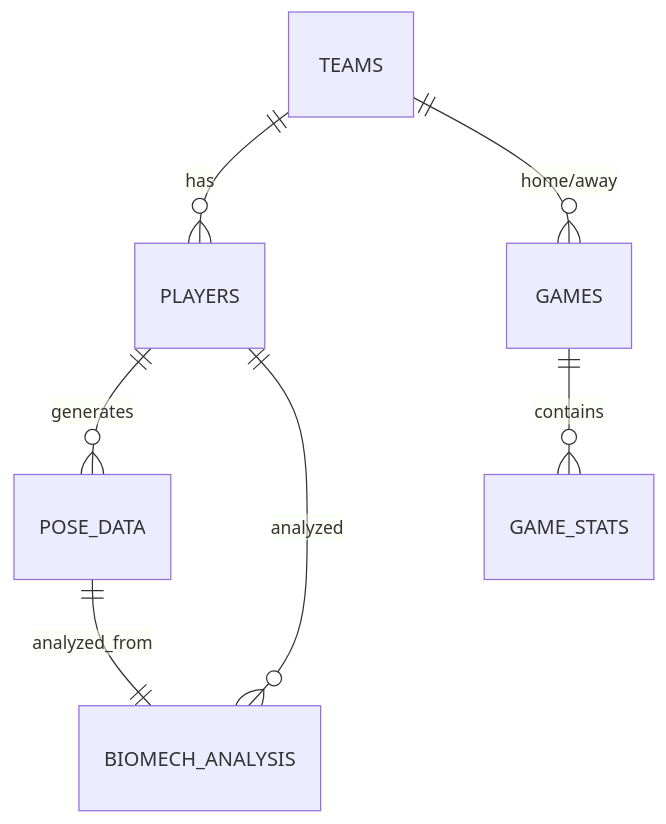
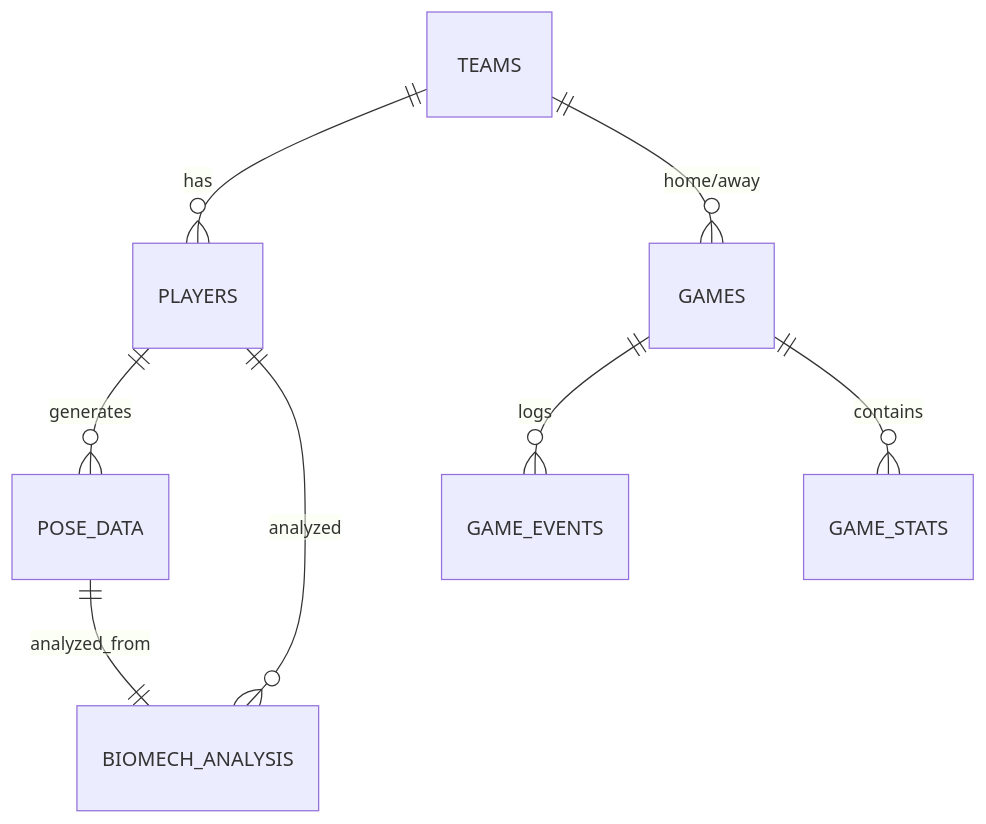
One commit to ahump20/Blaze-College-Baseball changed the diagram in docs/DATA_MODELS.md. Above: the diagram before and after it, drawn with Mermaid. The commit also changed other lines of this file and 2 other files, not shown here.

Commit message:
Document game event model and relationships

````diff
--- a/docs/DATA_MODELS.md
+++ b/docs/DATA_MODELS.md
@@ -11,9 +11,10 @@
 ```mermaid
 erDiagram
     TEAMS ||--o{ PLAYERS : has
     TEAMS ||--o{ GAMES : "home/away"
+    GAMES ||--o{ GAME_EVENTS : logs
     PLAYERS ||--o{ POSE_DATA : generates
     PLAYERS ||--o{ BIOMECH_ANALYSIS : analyzed
     GAMES ||--o{ GAME_STATS : contains
     POSE_DATA ||--|| BIOMECH_ANALYSIS : analyzed_from
 ```
````
